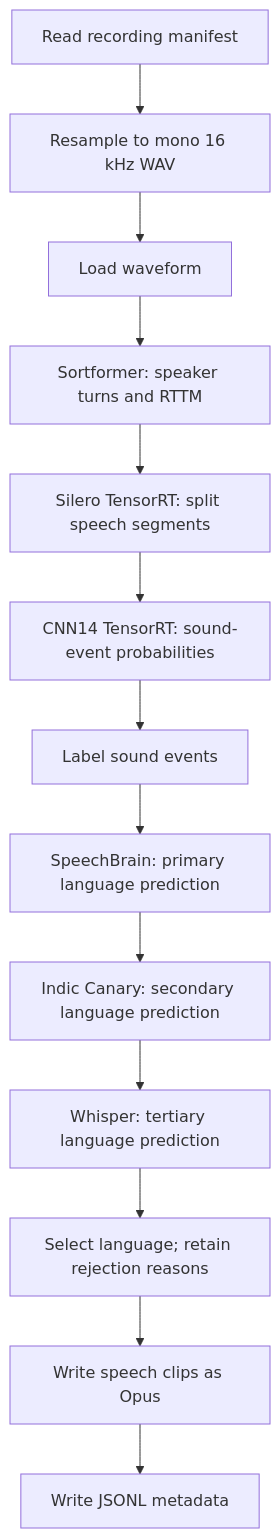
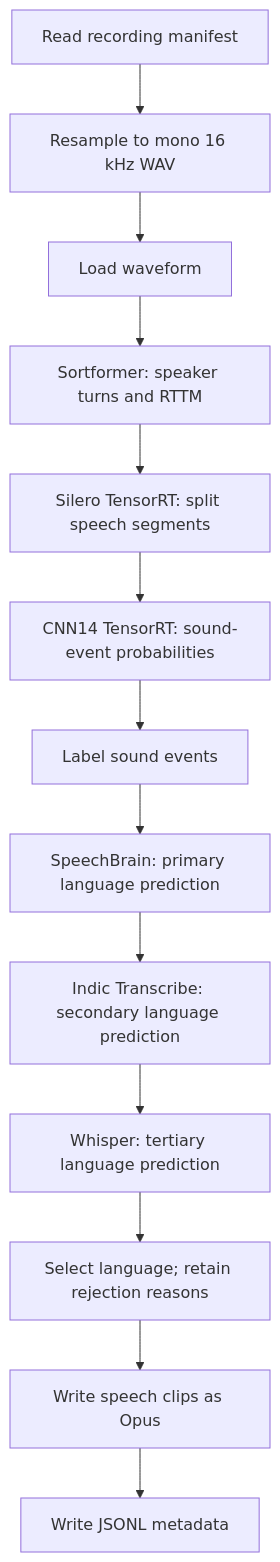
The diagram in tutorials/audio/granary_v2/metadata/README.md (NVIDIA-NeMo/Curator), drawn with Mermaid before and after one commit. The commit also changed other lines of this file and 27 other files, not shown here.

Commit message:
refactor: rename indic_canary to indic_transcribe

````diff
--- a/tutorials/audio/granary_v2/metadata/README.md
+++ b/tutorials/audio/granary_v2/metadata/README.md
@@ -8,15 +8,15 @@
 ```mermaid
 flowchart TD
     read["Read recording manifest"] --> resample["Resample to mono 16 kHz WAV"]
     resample --> load["Load waveform"]
     load --> diarize["Sortformer: speaker turns and RTTM"]
     diarize --> vad["Silero TensorRT: split speech segments"]
     vad --> sed["CNN14 TensorRT: sound-event probabilities"]
     sed --> events["Label sound events"]
     events --> speechbrain["SpeechBrain: primary language prediction"]
-    speechbrain --> canary["Indic Canary: secondary language prediction"]
+    speechbrain --> canary["Indic Transcribe: secondary language prediction"]
     canary --> whisper["Whisper: tertiary language prediction"]
     whisper --> select["Select language; retain rejection reasons"]
     select --> audio["Write speech clips as Opus"]
     audio --> metadata["Write JSONL metadata"]
 ```
````
